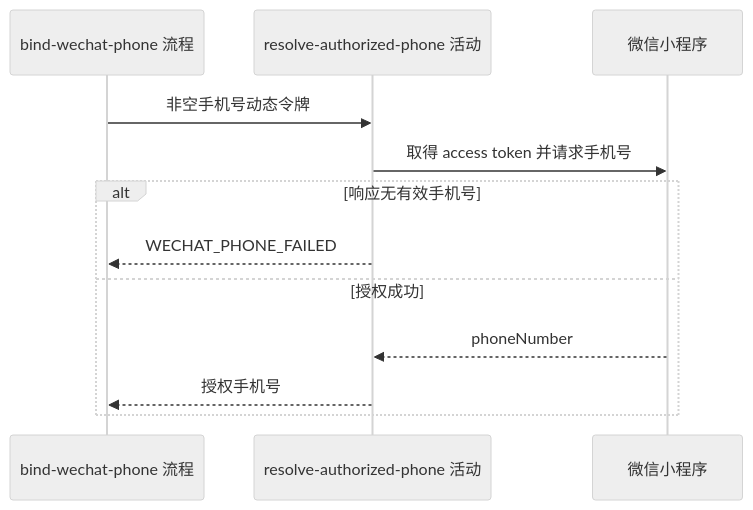
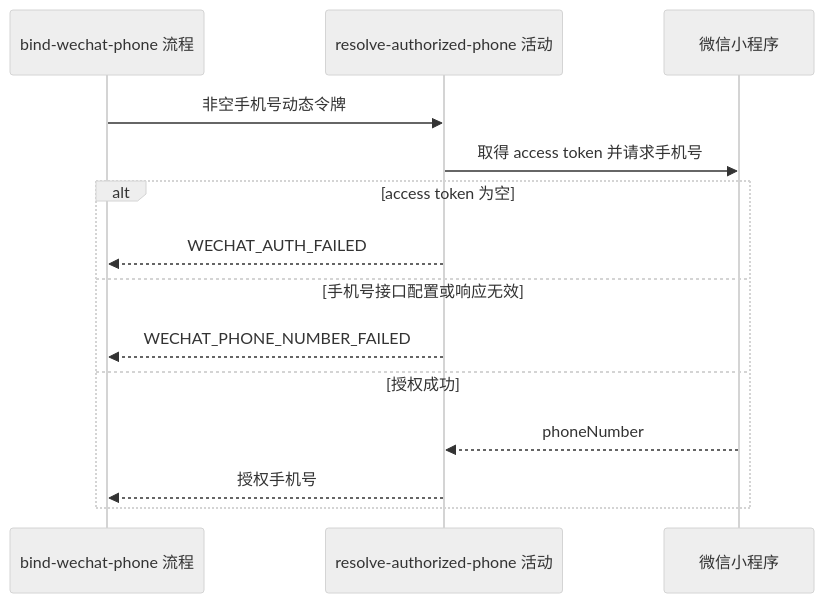
One commit to chxt100016/Rally changed the diagram in blueprint/spec/identity-account/phone-binding/resolve-authorized-phone/activity.md. Above: the diagram before and after it, drawn with Mermaid (neutral theme). The commit also changed other lines of this file and 871 other files, not shown here.

````diff
--- a/blueprint/spec/identity-account/phone-binding/resolve-authorized-phone/activity.md
+++ b/blueprint/spec/identity-account/phone-binding/resolve-authorized-phone/activity.md
@@ -13,14 +13,16 @@
 ```mermaid
 sequenceDiagram
     participant F as bind-wechat-phone 流程
     participant A as resolve-authorized-phone 活动
     participant W as 微信小程序
     F->>A: 非空手机号动态令牌
     A->>W: 取得 access token 并请求手机号
-    alt 响应无有效手机号
-        A-->>F: WECHAT_PHONE_FAILED
+    alt access token 为空
+        A-->>F: WECHAT_AUTH_FAILED
+    else 手机号接口配置或响应无效
+        A-->>F: WECHAT_PHONE_NUMBER_FAILED
     else 授权成功
         W-->>A: phoneNumber
         A-->>F: 授权手机号
     end
 ```
````
